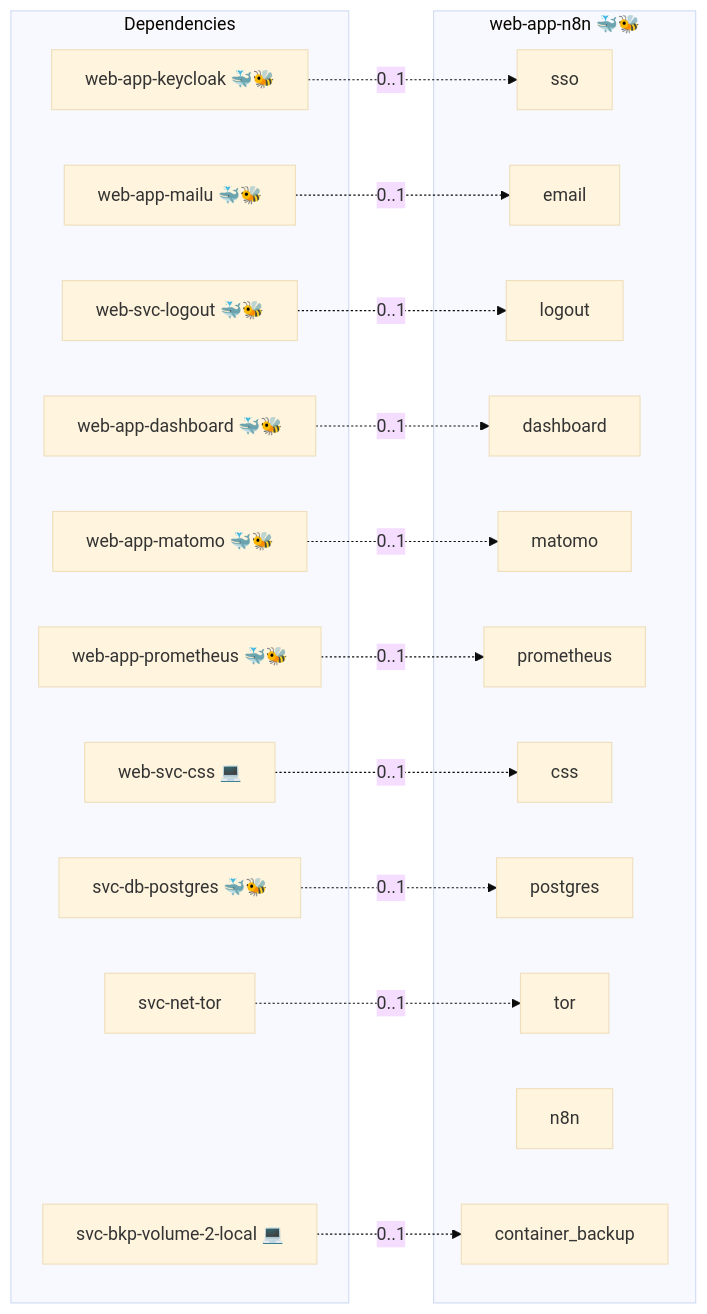
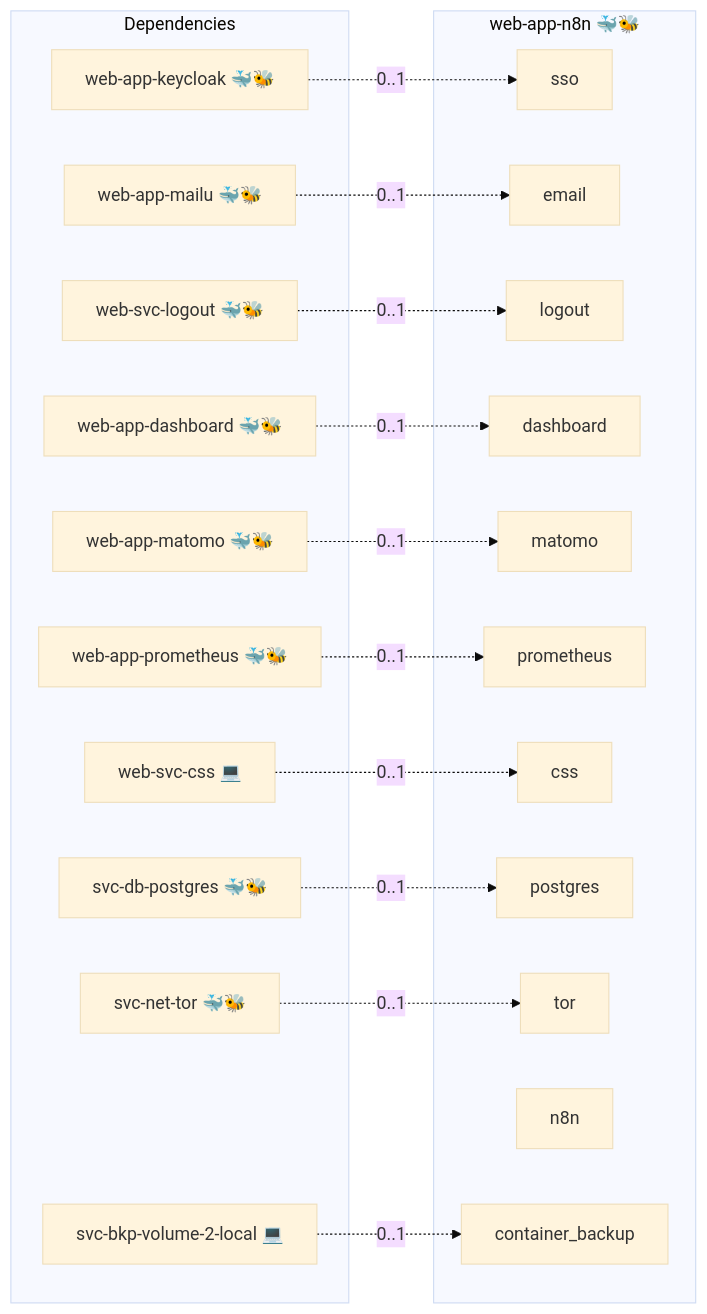
One commit to AlejandroRomanIbanez/infinito-nexus changed the diagram in roles/web-app-n8n/README.md. Above: the diagram before and after it, drawn with Mermaid (base theme). The commit also changed 97 other files, not shown here.

First line of the commit message:
feat(svc-net-tor): let CI deploy the role in compose and swarm

````diff
--- a/roles/web-app-n8n/README.md
+++ b/roles/web-app-n8n/README.md
@@ -15,38 +15,38 @@
 ```mermaid
 flowchart LR
     subgraph deps [Dependencies]
         dep_svc_bkp_volume_2_local["svc-bkp-volume-2-local 💻"]
         dep_svc_db_postgres["svc-db-postgres 🐳🐝"]
-        dep_svc_net_tor["svc-net-tor"]
+        dep_svc_net_tor["svc-net-tor 🐳🐝"]
         dep_web_app_dashboard["web-app-dashboard 🐳🐝"]
         dep_web_app_keycloak["web-app-keycloak 🐳🐝"]
         dep_web_app_mailu["web-app-mailu 🐳🐝"]
         dep_web_app_matomo["web-app-matomo 🐳🐝"]
         dep_web_app_prometheus["web-app-prometheus 🐳🐝"]
         dep_web_svc_css["web-svc-css 💻"]
         dep_web_svc_logout["web-svc-logout 🐳🐝"]
     end
     subgraph role [web-app-n8n 🐳🐝]
         svc_sso["sso"]
         svc_email["email"]
         svc_logout["logout"]
         svc_dashboard["dashboard"]
         svc_matomo["matomo"]
         svc_prometheus["prometheus"]
         svc_css["css"]
         svc_postgres["postgres"]
         svc_tor["tor"]
         svc_n8n["n8n"]
         svc_container_backup["container_backup"]
     end
     dep_svc_bkp_volume_2_local -. "0..1" .-> svc_container_backup
     dep_svc_db_postgres -. "0..1" .-> svc_postgres
     dep_svc_net_tor -. "0..1" .-> svc_tor
     dep_web_app_dashboard -. "0..1" .-> svc_dashboard
     dep_web_app_keycloak -. "0..1" .-> svc_sso
     dep_web_app_mailu -. "0..1" .-> svc_email
     dep_web_app_matomo -. "0..1" .-> svc_matomo
     dep_web_app_prometheus -. "0..1" .-> svc_prometheus
     dep_web_svc_css -. "0..1" .-> svc_css
     dep_web_svc_logout -. "0..1" .-> svc_logout
 ```
````
